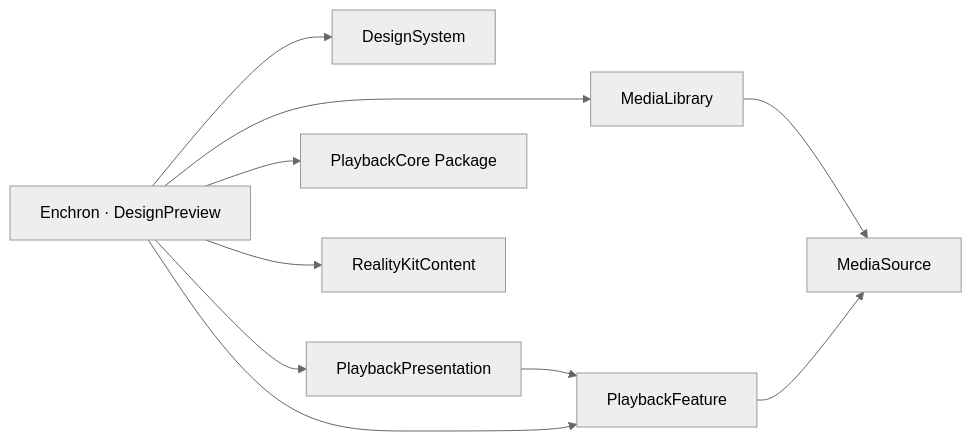
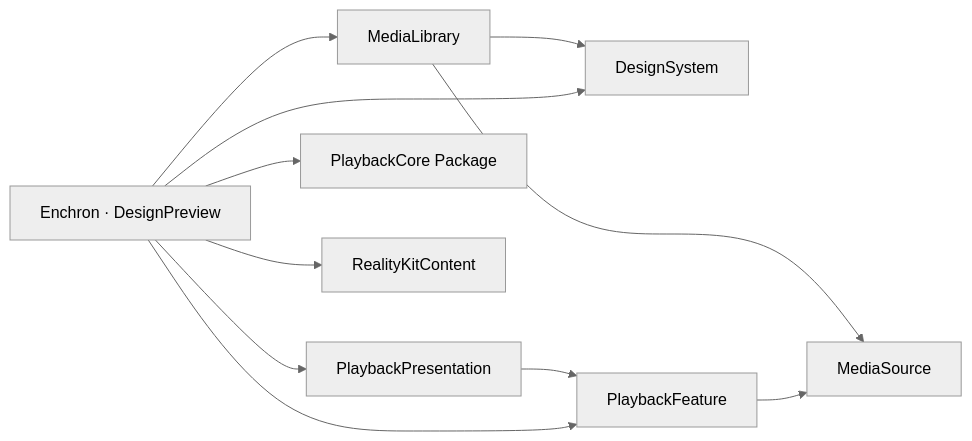
One commit to 1873663116/Enchron changed the first of 3 diagrams in ARCHITECTURE.md. Above: the diagram before and after it, drawn with Mermaid (neutral theme). The commit also changed other lines of this file and 16 other files, not shown here.

````diff
--- a/ARCHITECTURE.md
+++ b/ARCHITECTURE.md
@@ -27,21 +27,22 @@
 ```mermaid
 flowchart LR
     Source["MediaSource"]
     Design["DesignSystem"]
     Library["MediaLibrary"]
     Feature["PlaybackFeature"]
     Presentation["PlaybackPresentation"]
     Core["PlaybackCore Package"]
     Scene["RealityKitContent"]
     Apps["Enchron · DesignPreview"]
 
     Library --> Source
+    Library --> Design
     Feature --> Source
     Presentation --> Feature
     Apps --> Design
     Apps --> Core
     Apps --> Scene
     Apps --> Library
     Apps --> Feature
     Apps --> Presentation
 ```
````
